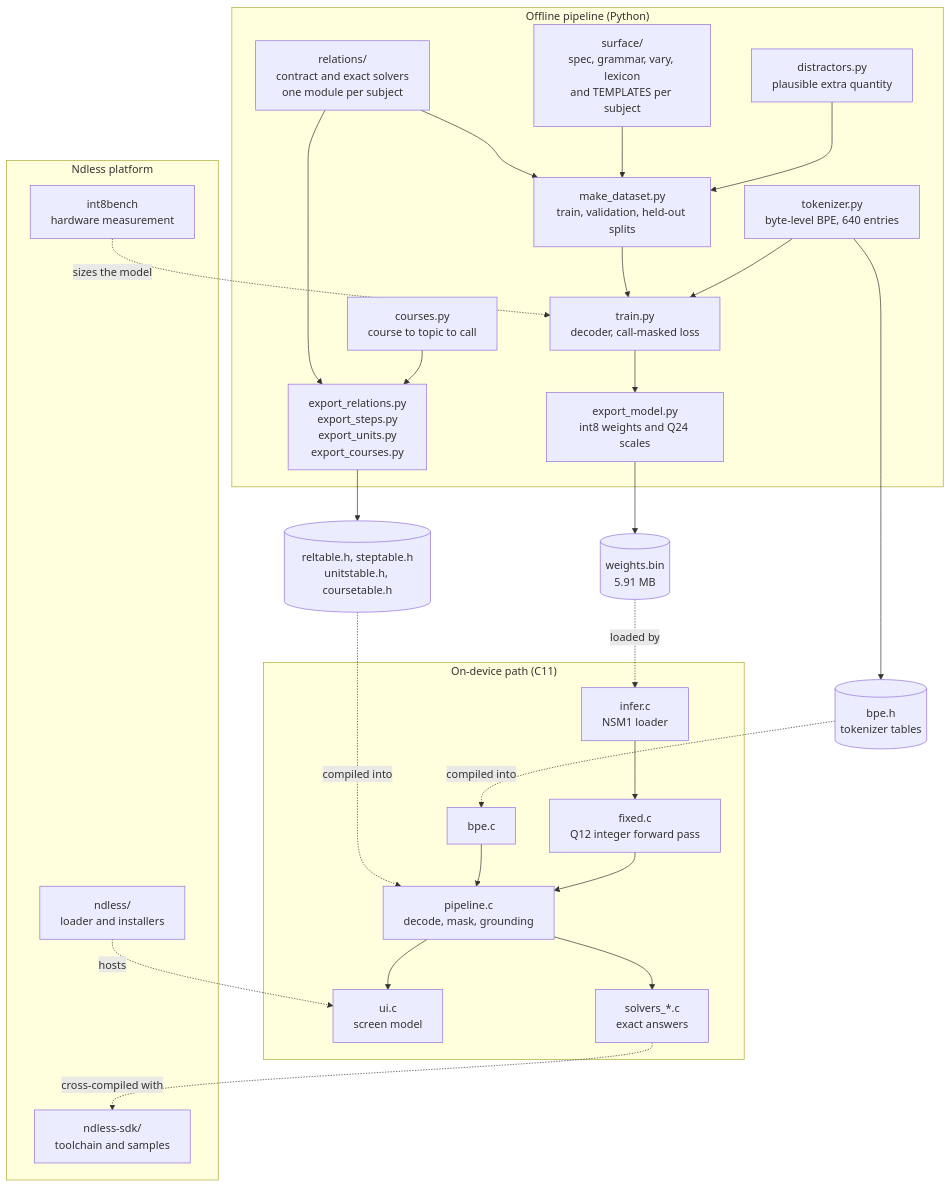
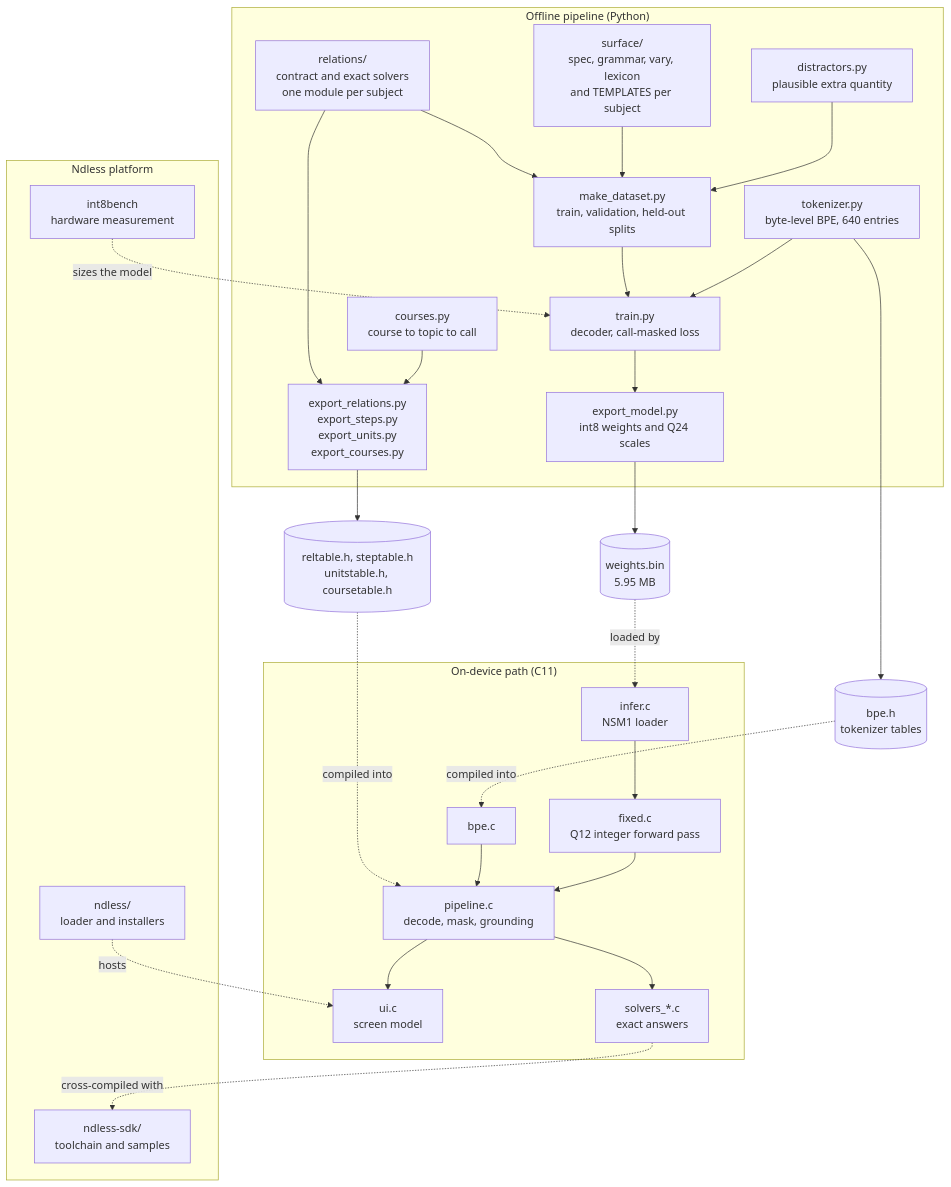
The second of 2 diagrams in README.md (exterminatorrat/NdlessAI), drawn with Mermaid before and after one commit. The commit also changed other lines of this file, not shown here.

````diff
--- a/README.md
+++ b/README.md
@@ -90,56 +97,56 @@
 ```mermaid
 flowchart TB
   subgraph offline["Offline pipeline (Python)"]
     Rel["relations/<br/>contract and exact solvers<br/>one module per subject"]
     Surf["surface/<br/>spec, grammar, vary, lexicon<br/>and TEMPLATES per subject"]
     Dist["distractors.py<br/>plausible extra quantity"]
     Data["make_dataset.py<br/>train, validation, held-out splits"]
     Tok["tokenizer.py<br/>byte-level BPE, 640 entries"]
     Train["train.py<br/>decoder, call-masked loss"]
     Exp["export_model.py<br/>int8 weights and Q24 scales"]
     Crs["courses.py<br/>course to topic to call"]
     Gen["export_relations.py<br/>export_steps.py<br/>export_units.py<br/>export_courses.py"]
   end
 
   subgraph runtime["On-device path (C11)"]
     BPE["bpe.c"]
     Fixed["fixed.c<br/>Q12 integer forward pass"]
     Inf["infer.c<br/>NSM1 loader"]
     Pipe["pipeline.c<br/>decode, mask, grounding"]
     UI["ui.c<br/>screen model"]
     Solv["solvers_*.c<br/>exact answers"]
   end
 
   subgraph ndless["Ndless platform"]
     Loader["ndless/<br/>loader and installers"]
     SDK["ndless-sdk/<br/>toolchain and samples"]
     Bench["int8bench<br/>hardware measurement"]
   end
 
-  W[("weights.bin<br/>5.91 MB")]
+  W[("weights.bin<br/>5.95 MB")]
   H[("bpe.h<br/>tokenizer tables")]
   T[("reltable.h, steptable.h<br/>unitstable.h, coursetable.h")]
 
   Rel --> Data
   Surf --> Data
   Dist --> Data
   Data --> Train
   Tok --> Train
   Train --> Exp
   Exp --> W
   Tok --> H
   Rel --> Gen
   Crs --> Gen
   Gen --> T
   W -. loaded by .-> Inf
   H -. compiled into .-> BPE
   T -. compiled into .-> Pipe
   BPE --> Pipe
   Inf --> Fixed
   Fixed --> Pipe
   Pipe --> Solv
   Pipe --> UI
   Solv -. cross-compiled with .-> SDK
   Bench -. sizes the model .-> Train
   Loader -. hosts .-> UI
 ```
````
